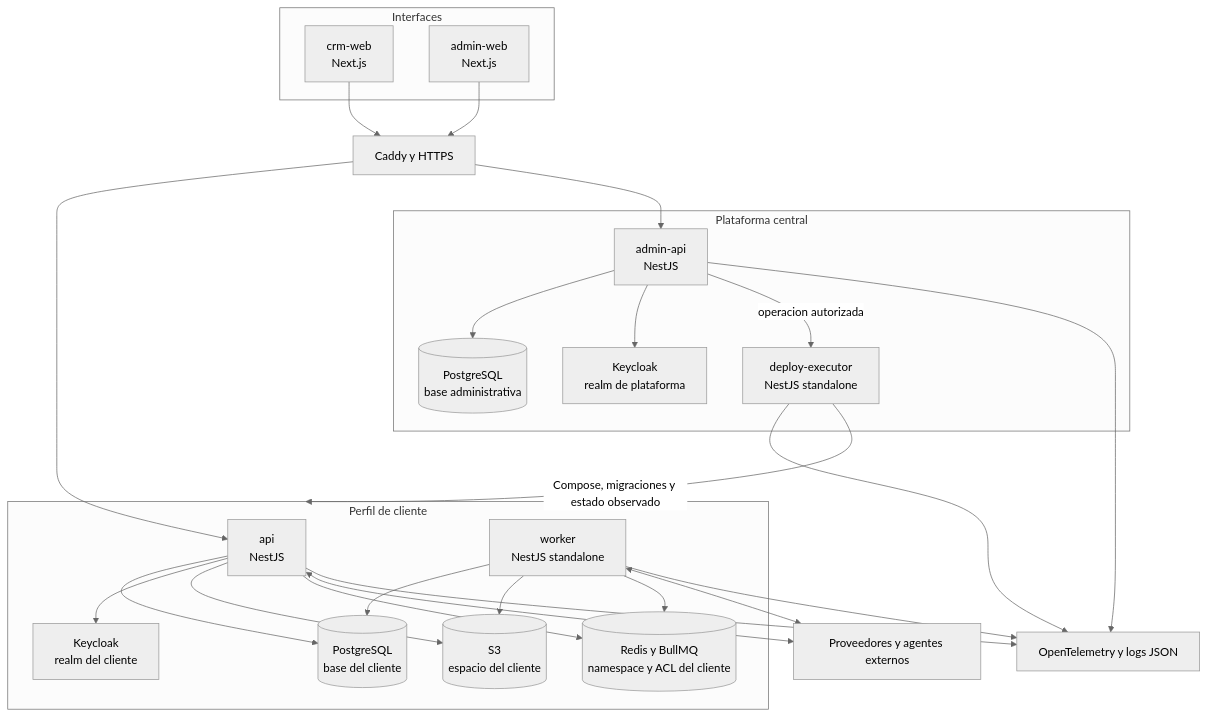
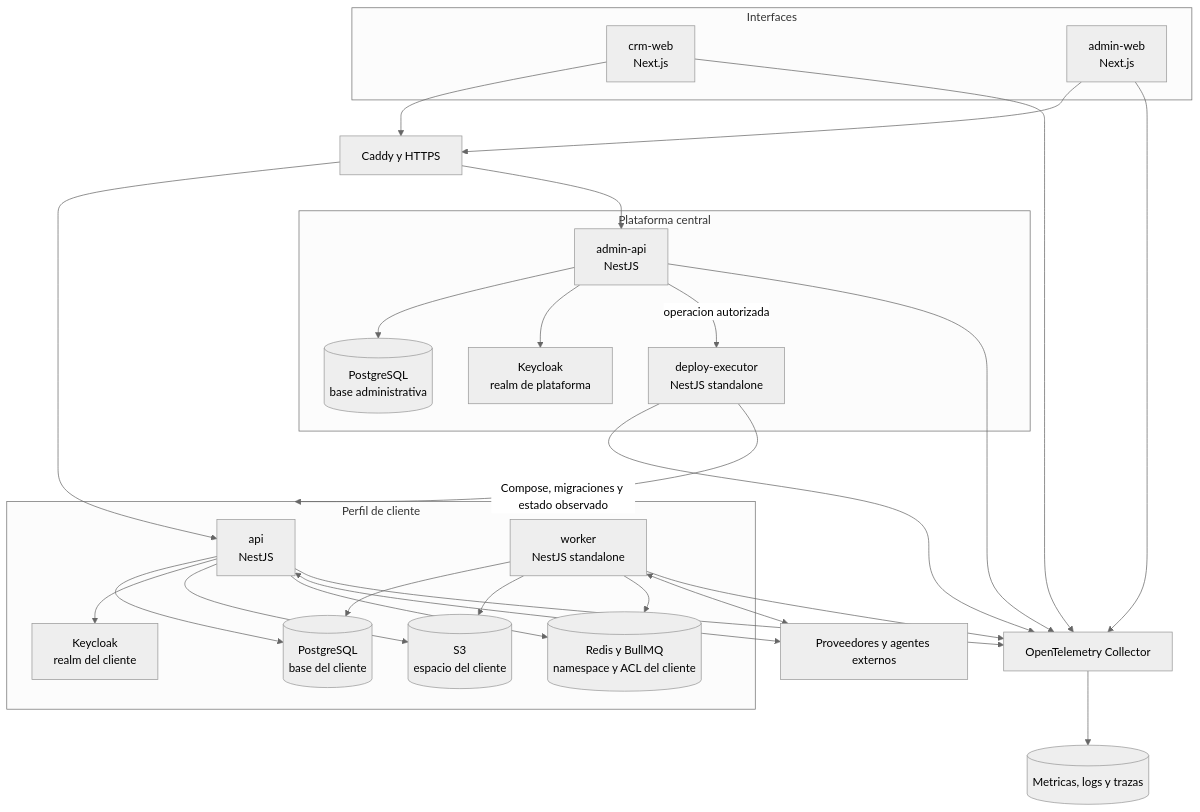
The second of 7 diagrams in docs/08-arquitectura/mapa-del-sistema.md (yvalois/quantum-crm), drawn with Mermaid (neutral theme) before and after one commit. The commit also changed other lines of this file and 9 other files, not shown here.

Commit message:
docs(observability): define telemetry and failure handling (PROY-016)

````diff
--- a/docs/08-arquitectura/mapa-del-sistema.md
+++ b/docs/08-arquitectura/mapa-del-sistema.md
@@ -34,47 +34,51 @@
 ```mermaid
 flowchart TB
     subgraph Browser[Interfaces]
         crmWeb[crm-web\nNext.js]
         adminWeb[admin-web\nNext.js]
     end
 
     subgraph Tenant[Perfil de cliente]
         api[api\nNestJS]
         worker[worker\nNestJS standalone]
         tenantDb[(PostgreSQL\nbase del cliente)]
         tenantRealm[Keycloak\nrealm del cliente]
         tenantFiles[(S3\nespacio del cliente)]
         tenantQueues[(Redis y BullMQ\nnamespace y ACL del cliente)]
     end
 
     subgraph Central[Plataforma central]
         adminApi[admin-api\nNestJS]
         executor[deploy-executor\nNestJS standalone]
         platformDb[(PostgreSQL\nbase administrativa)]
         platformRealm[Keycloak\nrealm de plataforma]
     end
 
     proxy[Caddy y HTTPS]
-    observability[OpenTelemetry y logs JSON]
+    collector[OpenTelemetry Collector]
+    telemetry[(Metricas, logs y trazas)]
     external[Proveedores y agentes externos]
 
     crmWeb --> proxy --> api
     adminWeb --> proxy --> adminApi
     api --> tenantDb
     api --> tenantRealm
     api --> tenantFiles
     api --> tenantQueues
     worker --> tenantDb
     worker --> tenantFiles
     worker --> tenantQueues
     api <--> external
     worker <--> external
     adminApi --> platformDb
     adminApi --> platformRealm
     adminApi -->|operacion autorizada| executor
     executor -->|Compose, migraciones y estado observado| Tenant
-    api --> observability
-    worker --> observability
-    adminApi --> observability
-    executor --> observability
+    crmWeb --> collector
+    adminWeb --> collector
+    api --> collector
+    worker --> collector
+    adminApi --> collector
+    executor --> collector
+    collector --> telemetry
 ```
````
